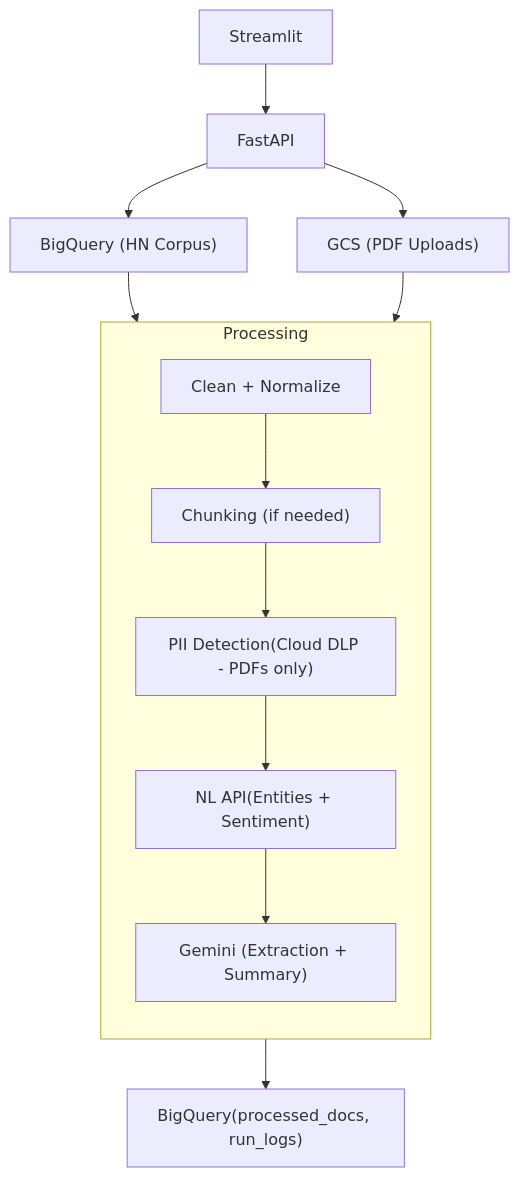
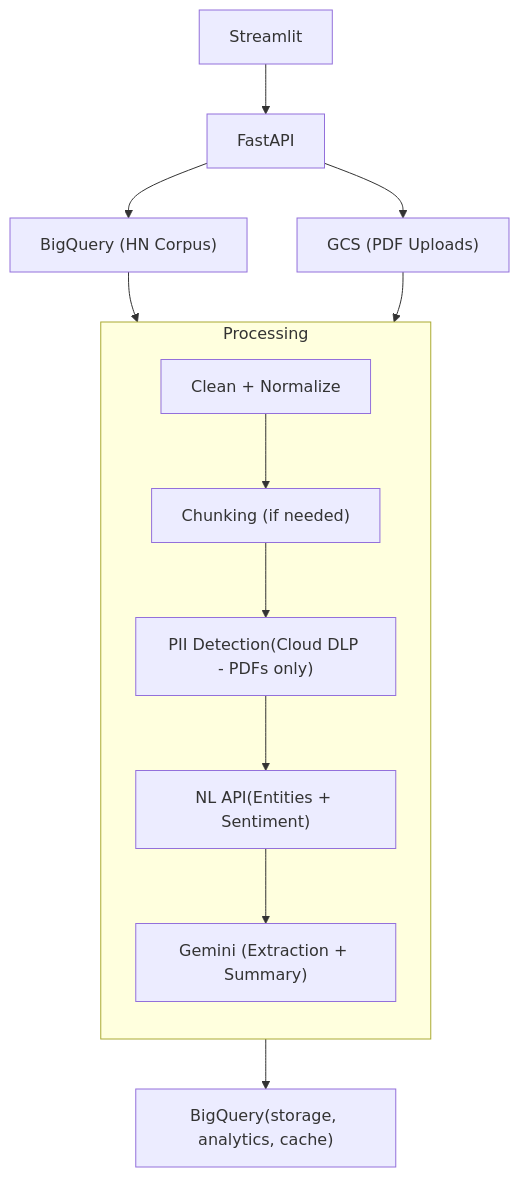
Before and after one commit to AthiraSreenath/gcp-document-intelligence-system: the diagram in README.md, drawn with Mermaid.

Commit message:
Correcting BQ instructions

````diff
--- a/README.md
+++ b/README.md
@@ -26,28 +26,28 @@
 ```mermaid
 flowchart TD
     UI["Streamlit"]
     API["FastAPI"]
     BQ_IN["BigQuery (HN Corpus)"]
     GCS["GCS (PDF Uploads)"]
 
     subgraph PROC["Processing"]
         direction TB
         P1["Clean + Normalize"]
         P2["Chunking (if needed)"]
         P3["PII Detection(Cloud DLP - PDFs only)"]
         P4["NL API(Entities + Sentiment)"]
         P5["Gemini (Extraction + Summary)"]
 
         P1 --> P2 --> P3 --> P4
         P4 --> P5
     end
 
-    BQ_OUT["BigQuery(processed_docs, run_logs)"]
+    BQ_OUT["BigQuery(storage, analytics, cache)"]
 
     UI --> API
     API --> BQ_IN
     API --> GCS
     BQ_IN --> PROC
     GCS --> PROC
     PROC --> BQ_OUT
 ```
````
